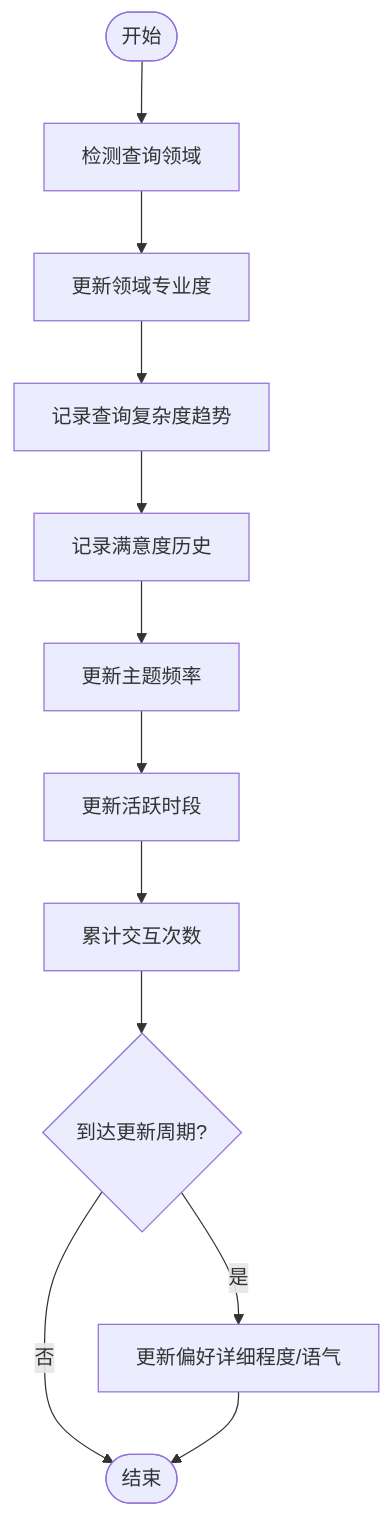
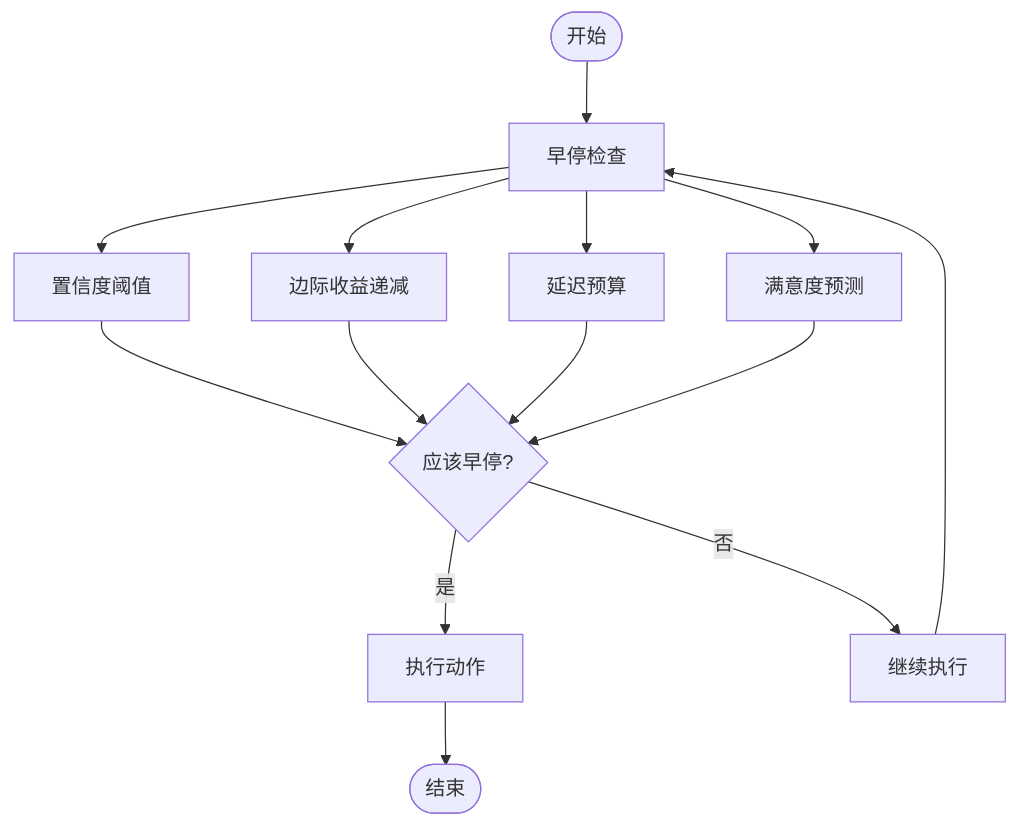
One commit to JieGaoPrinceton/NecoRAG changed the eighth of 11 diagrams in .qoder/repowiki/zh/content/自适应学习系统/自适应学习系统.md. Above: the diagram before and after it, drawn with Mermaid. The commit also changed other lines of this file and 82 other files, not shown here.

````diff
--- a/.qoder/repowiki/zh/content/自适应学习系统/自适应学习系统.md
+++ b/.qoder/repowiki/zh/content/自适应学习系统/自适应学习系统.md
@@ -204,14 +274,16 @@
 ```mermaid
 flowchart TD
-StartPP(["开始"]) --> DetectD["检测查询领域"]
-DetectD --> UpdateExp["更新领域专业度"]
-UpdateExp --> TrackComp["记录查询复杂度趋势"]
-TrackComp --> TrackSat["记录满意度历史"]
-TrackSat --> TopicFreq["更新主题频率"]
-TopicFreq --> ActiveHour["更新活跃时段"]
-ActiveHour --> InterCount["累计交互次数"]
-InterCount --> Periodic{"到达更新周期?"}
-Periodic --> |是| UpdatePref["更新偏好详细程度/语气"]
-Periodic --> |否| EndPP(["结束"])
-UpdatePref --> EndPP
+Start(["开始"]) --> Check["早停检查"]
+Check --> Confidence["置信度阈值"]
+Check --> Returns["边际收益递减"]
+Check --> Latency["延迟预算"]
+Check --> Satisfaction["满意度预测"]
+Confidence --> Stop{"应该早停?"}
+Returns --> Stop
+Latency --> Stop
+Satisfaction --> Stop
+Stop --> |是| Action["执行动作"]
+Stop --> |否| Continue["继续执行"]
+Action --> End(["结束"])
+Continue --> Check
 ```
````
